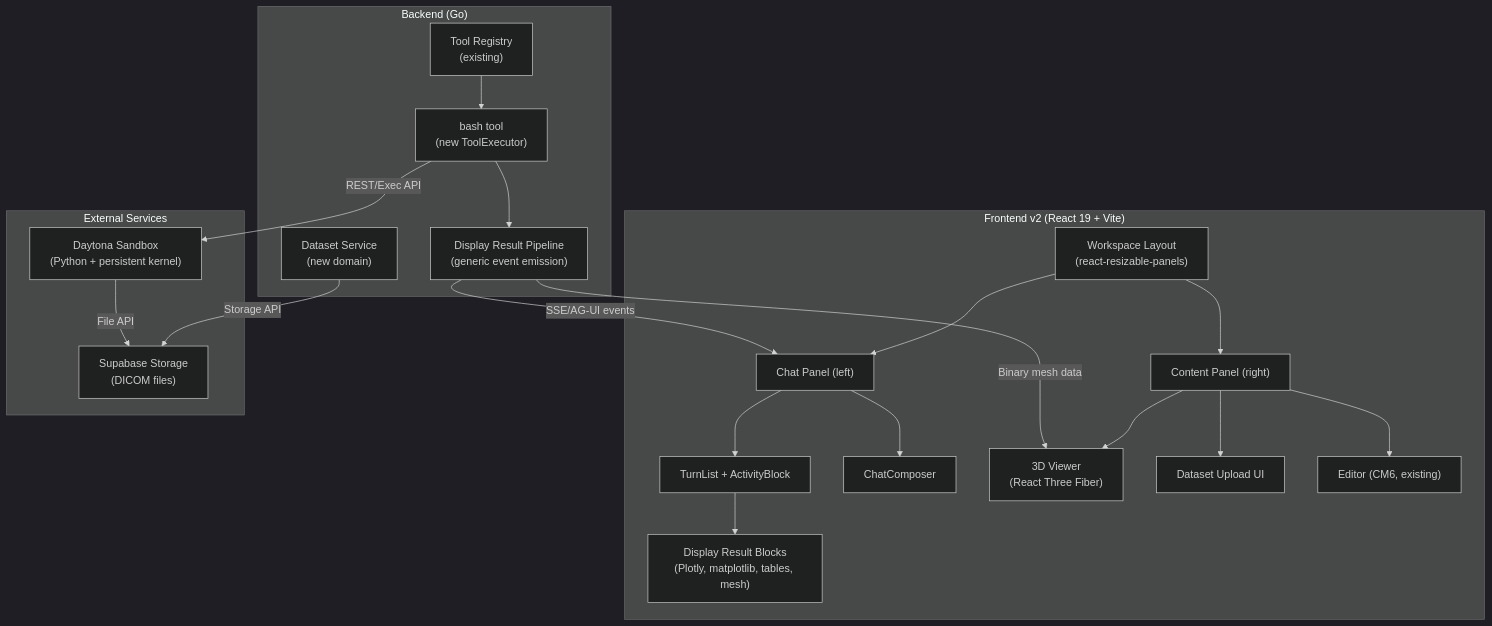
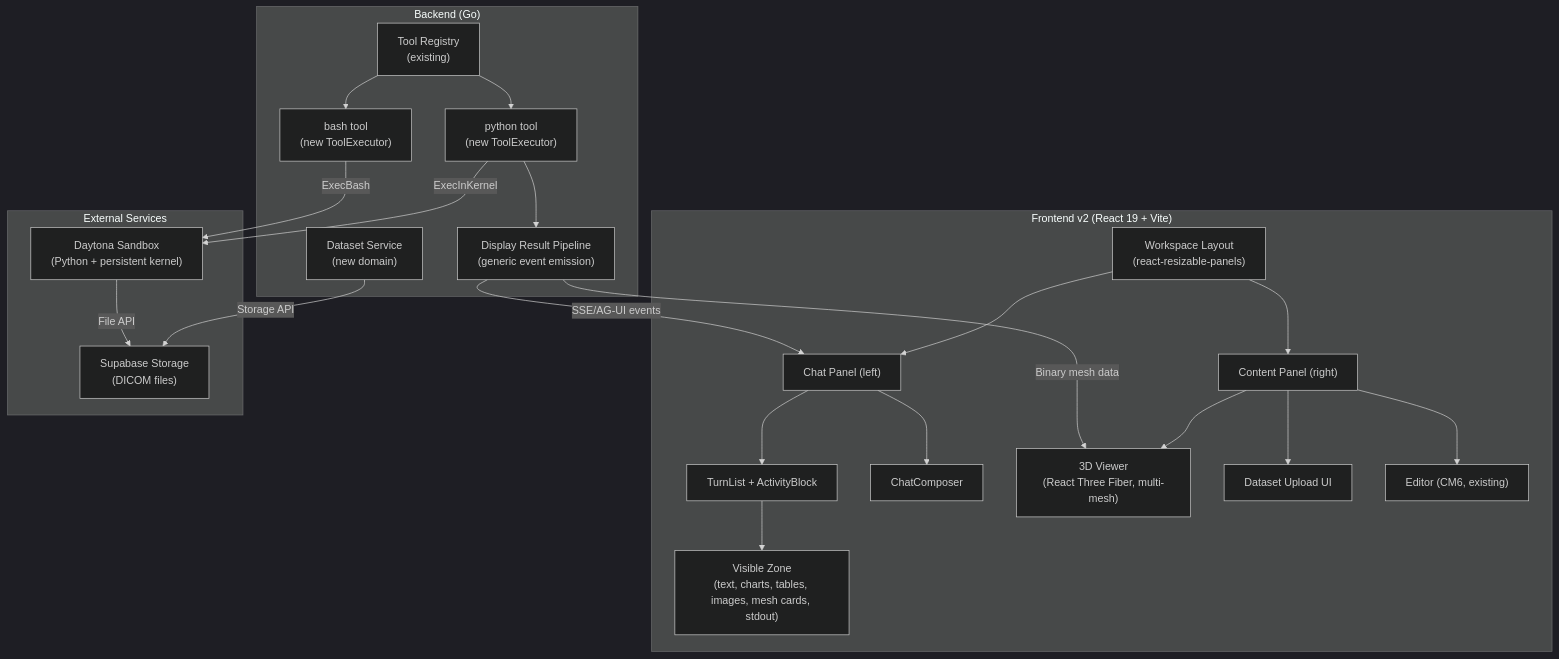
One commit to haowjy/meridian-flow changed the first of 2 diagrams in .meridian/work/biomedical-mvp/design/overview.md. Above: the diagram before and after it, drawn with Mermaid (dark theme). The commit also changed other lines of this file and 12 other files, not shown here.

First line of the commit message:
Revise biomedical MVP design docs for two-tool model and inline results

````diff
--- a/.meridian/work/biomedical-mvp/design/overview.md
+++ b/.meridian/work/biomedical-mvp/design/overview.md
@@ -7,34 +7,37 @@
 ```mermaid
 flowchart TB
     subgraph Frontend["Frontend v2 (React 19 + Vite)"]
         Layout["Workspace Layout<br/>(react-resizable-panels)"]
         Layout --> ChatPanel["Chat Panel (left)"]
         Layout --> ContentPanel["Content Panel (right)"]
         ChatPanel --> TurnList["TurnList + ActivityBlock"]
         ChatPanel --> Composer["ChatComposer"]
-        TurnList --> DisplayResults["Display Result Blocks<br/>(Plotly, matplotlib, tables, mesh)"]
-        ContentPanel --> Viewer3D["3D Viewer<br/>(React Three Fiber)"]
+        TurnList --> VisibleZone["Visible Zone<br/>(text, charts, tables, images, mesh cards, stdout)"]
+        ContentPanel --> Viewer3D["3D Viewer<br/>(React Three Fiber, multi-mesh)"]
         ContentPanel --> DatasetUI["Dataset Upload UI"]
         ContentPanel --> Editor["Editor (CM6, existing)"]
     end
 
     subgraph Backend["Backend (Go)"]
         ToolReg["Tool Registry<br/>(existing)"]
+        PythonTool["python tool<br/>(new ToolExecutor)"]
         BashTool["bash tool<br/>(new ToolExecutor)"]
         DatasetSvc["Dataset Service<br/>(new domain)"]
         DisplayPipeline["Display Result Pipeline<br/>(generic event emission)"]
+        ToolReg --> PythonTool
         ToolReg --> BashTool
-        BashTool --> DisplayPipeline
+        PythonTool --> DisplayPipeline
     end
 
     subgraph External["External Services"]
         Daytona["Daytona Sandbox<br/>(Python + persistent kernel)"]
         Supabase["Supabase Storage<br/>(DICOM files)"]
     end
 
-    BashTool -->|"REST/Exec API"| Daytona
+    PythonTool -->|"ExecInKernel"| Daytona
+    BashTool -->|"ExecBash"| Daytona
     DatasetSvc -->|"Storage API"| Supabase
     DisplayPipeline -->|"SSE/AG-UI events"| ChatPanel
     DisplayPipeline -->|"Binary mesh data"| Viewer3D
     Daytona -->|"File API"| Supabase
 ```
````
